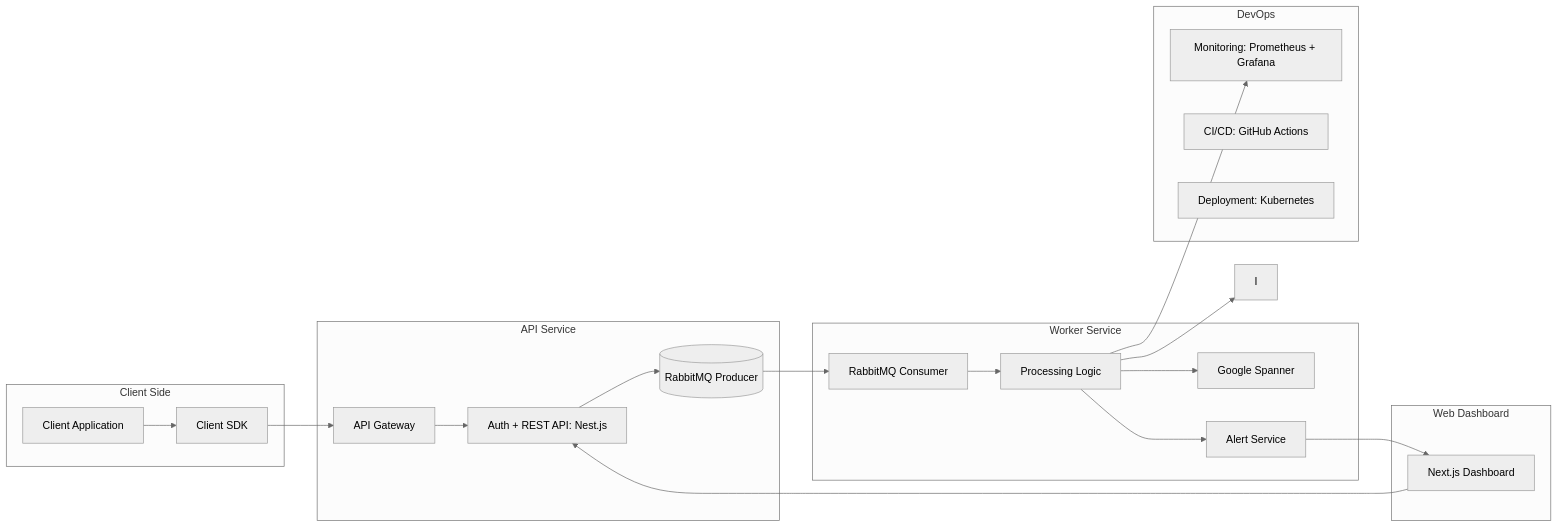
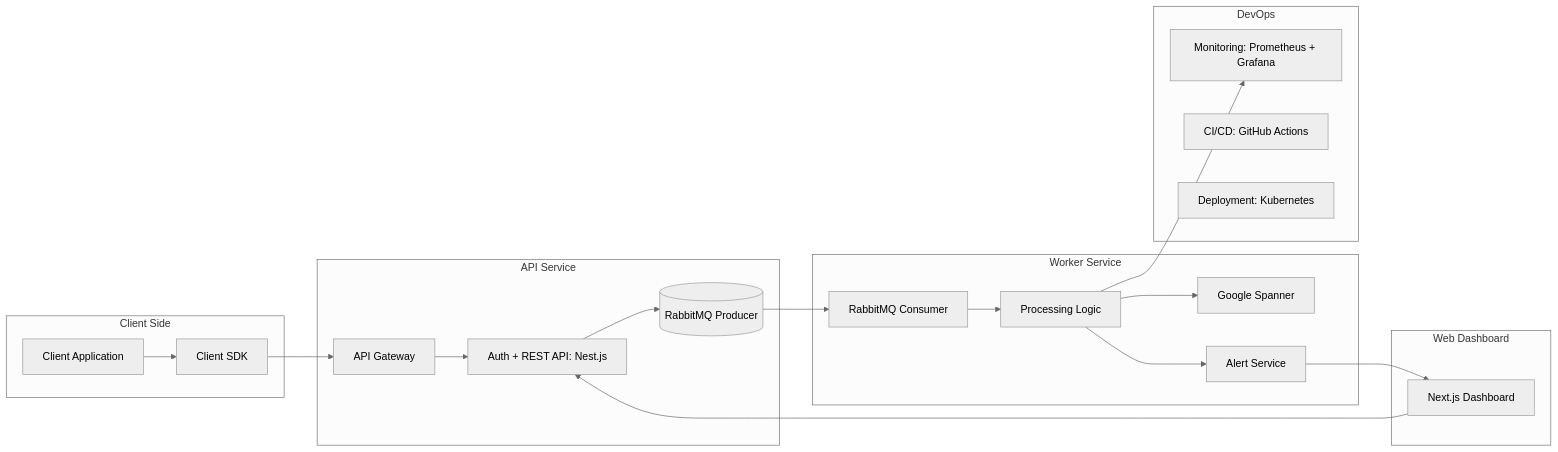
Before and after one commit to Githi54/dt-test-task: the diagram in README.md, drawn with Mermaid (neutral theme).

````diff
--- a/README.md
+++ b/README.md
@@ -8,44 +8,43 @@
 ```mermaid
 flowchart LR
     %% === Client Side ===
     subgraph CLIENT[Client Side]
         A[Client Application]
         B[Client SDK]
     end
 
     %% === API Service ===
     subgraph API[API Service]
         C[API Gateway]
         D[Auth + REST API: Nest.js]
         E[(RabbitMQ Producer)]
     end
 
     %% === Worker Service ===
     subgraph WORKER[Worker Service]
         F[RabbitMQ Consumer]
         G[Processing Logic]
         H[Google Spanner]
         J[Alert Service]
     end
 
     %% === Frontend ===
     subgraph FRONTEND[Web Dashboard]
         K[Next.js Dashboard]
     end
 
     %% === DevOps ===
     subgraph DEVOPS[DevOps]
         L[Monitoring: Prometheus + Grafana]
         M[CI/CD: GitHub Actions]
         N[Deployment: Kubernetes]
     end
 
     %% === Data Flows ===
     A --> B --> C --> D --> E
     E --> F --> G --> H
-    G --> I
     G --> J
     K --> D
     J --> K
     G --> L
 ```
````
